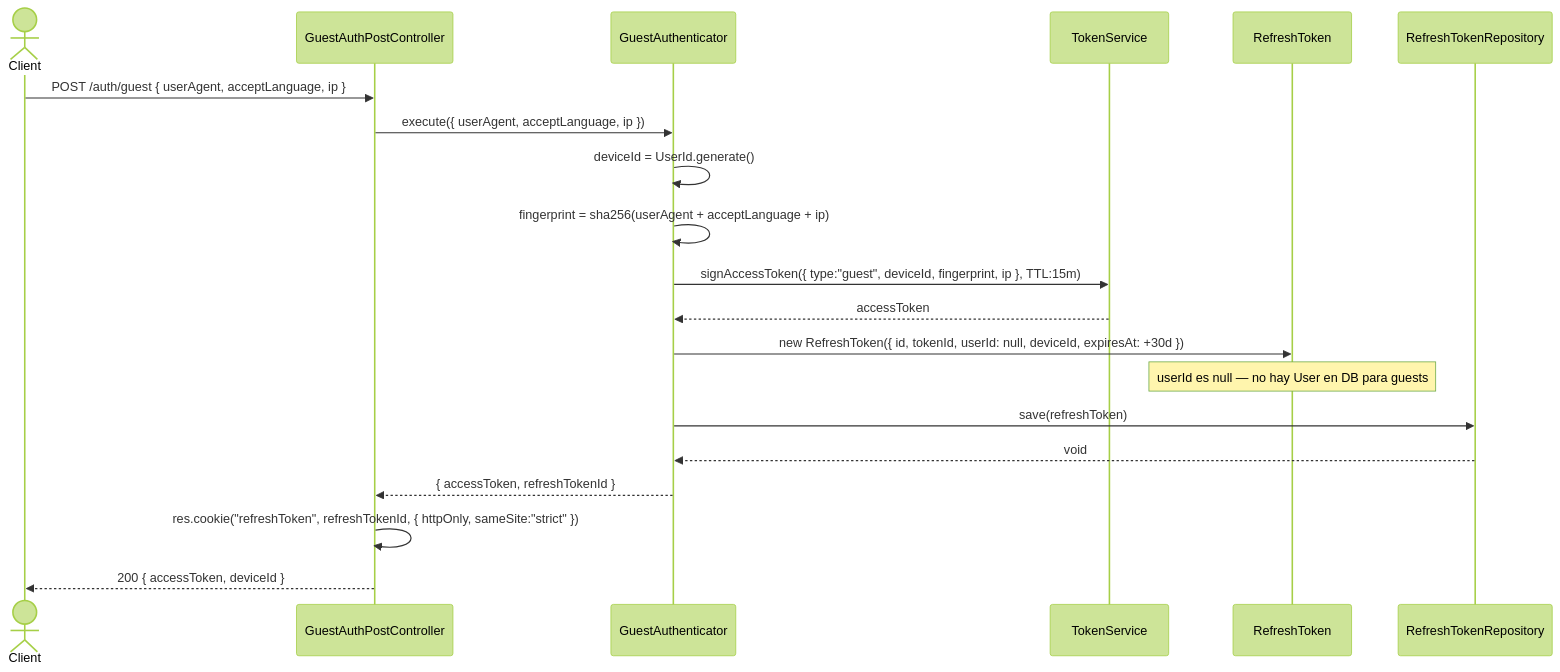
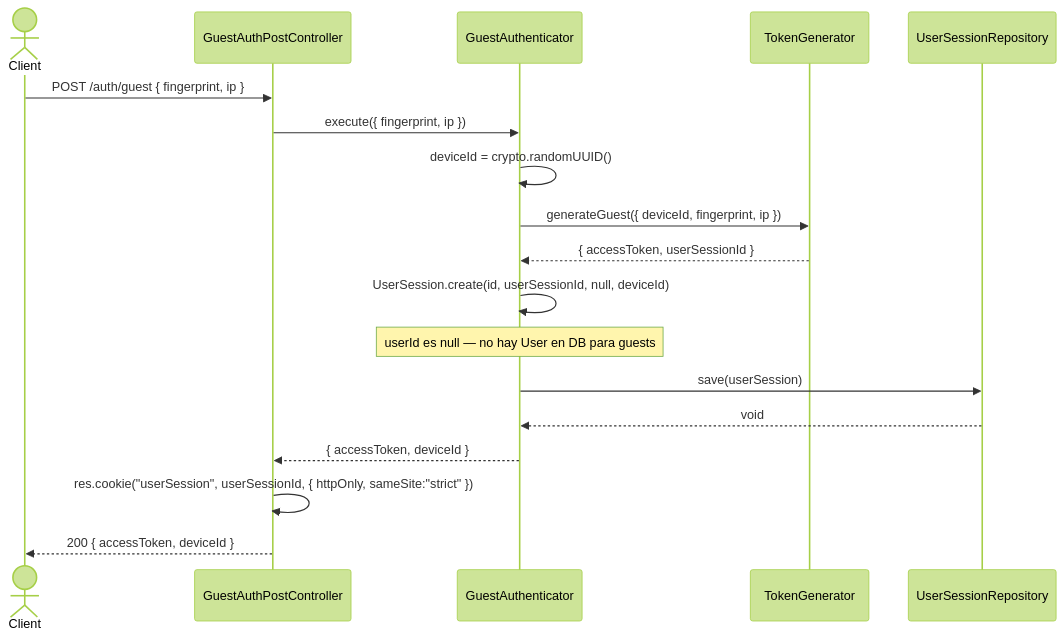
Before and after one commit to AbrahamVilchesDeLaCruz/ididntcatchthat: the diagram in docs/apps/api/identity/guest/sequence.md, drawn with Mermaid (forest theme). The commit also changed 184 other files, not shown here.

````diff
--- a/docs/apps/api/identity/guest/sequence.md
+++ b/docs/apps/api/identity/guest/sequence.md
@@ -5,29 +5,27 @@
 ```mermaid
 sequenceDiagram
     actor Client
     participant C as GuestAuthPostController
     participant UC as GuestAuthenticator
-    participant TS as TokenService
-    participant RT as RefreshToken
-    participant RTREPO as RefreshTokenRepository
+    participant TS as TokenGenerator
+    participant RTREPO as UserSessionRepository
 
-    Client->>C: POST /auth/guest { userAgent, acceptLanguage, ip }
-    C->>UC: execute({ userAgent, acceptLanguage, ip })
+    Client->>C: POST /auth/guest { fingerprint, ip }
+    C->>UC: execute({ fingerprint, ip })
 
-    UC->>UC: deviceId = UserId.generate()
-    UC->>UC: fingerprint = sha256(userAgent + acceptLanguage + ip)
+    UC->>UC: deviceId = crypto.randomUUID()
 
-    UC->>TS: signAccessToken({ type:"guest", deviceId, fingerprint, ip }, TTL:15m)
-    TS-->>UC: accessToken
+    UC->>TS: generateGuest({ deviceId, fingerprint, ip })
+    TS-->>UC: { accessToken, userSessionId }
 
-    UC->>RT: new RefreshToken({ id, tokenId, userId: null, deviceId, expiresAt: +30d })
-    Note over RT: userId es null — no hay User en DB para guests
+    UC->>UC: UserSession.create(id, userSessionId, null, deviceId)
+    Note over UC: userId es null — no hay User en DB para guests
 
-    UC->>RTREPO: save(refreshToken)
+    UC->>RTREPO: save(userSession)
     RTREPO-->>UC: void
 
-    UC-->>C: { accessToken, refreshTokenId }
+    UC-->>C: { accessToken, deviceId }
 
-    C->>C: res.cookie("refreshToken", refreshTokenId, { httpOnly, sameSite:"strict" })
+    C->>C: res.cookie("userSession", userSessionId, { httpOnly, sameSite:"strict" })
     C-->>Client: 200 { accessToken, deviceId }
 ```
````
